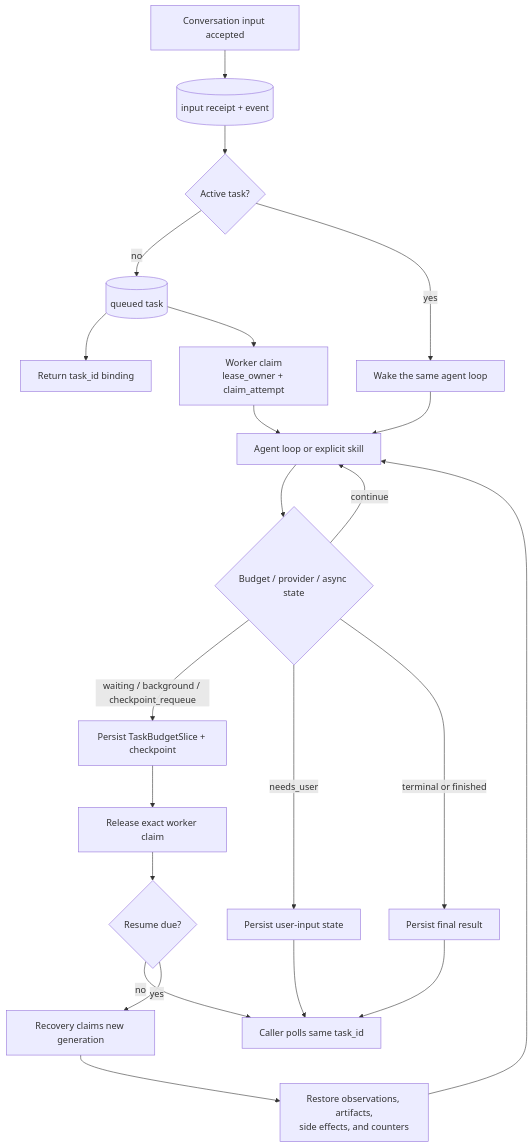
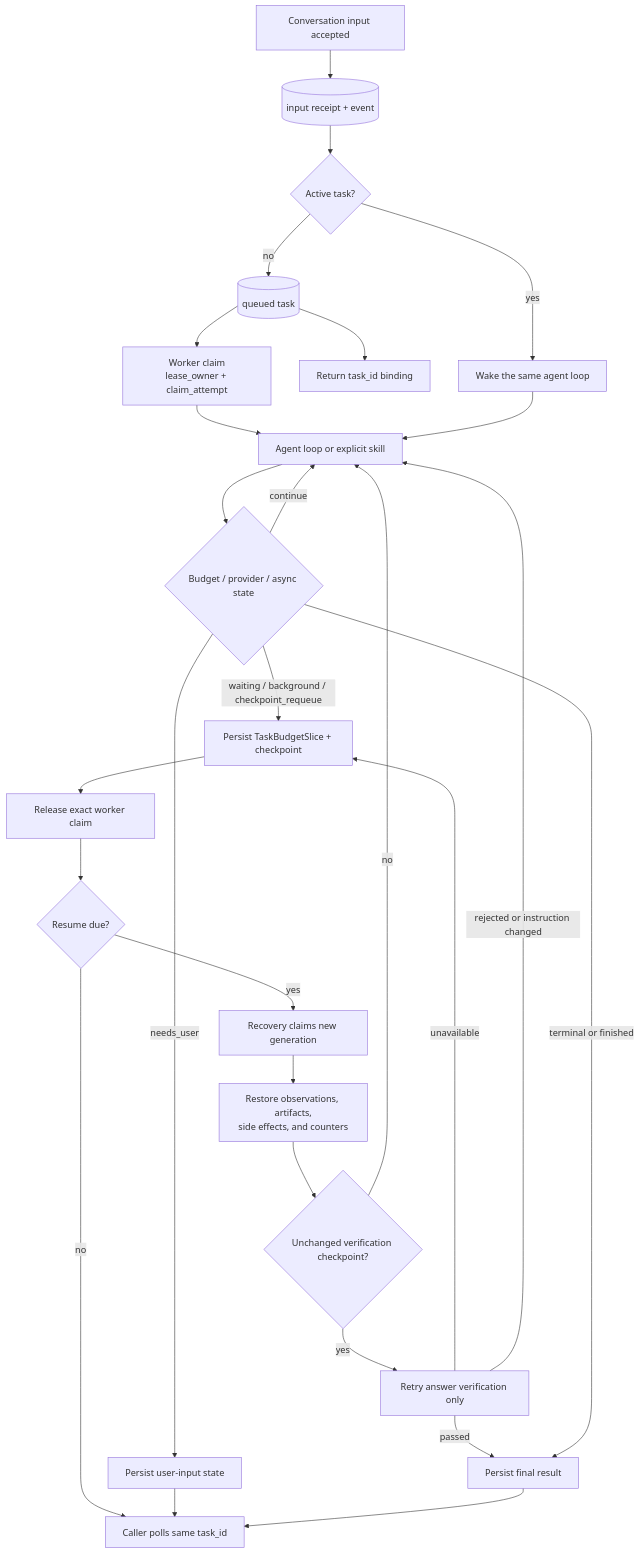
The second of 5 diagrams in docs/architecture/03-task-state-context.md (MatrixCoreX/RustClaw), drawn with Mermaid before and after one commit. The commit also changed other lines of this file and 62 other files, not shown here.

````diff
--- a/docs/architecture/03-task-state-context.md
+++ b/docs/architecture/03-task-state-context.md
@@ -50,24 +59,29 @@
 ```mermaid
 flowchart TD
     A[Conversation input accepted] --> A1[(input receipt + event)]
     A1 --> A2{Active task?}
     A2 -->|no| B[(queued task)]
     A2 -->|yes| A3[Wake the same agent loop]
     B --> C[Return task_id binding]
     B --> D[Worker claim<br/>lease_owner + claim_attempt]
     D --> E[Agent loop or explicit skill]
     A3 --> E
     E --> F{Budget / provider / async state}
     F -->|continue| E
     F -->|waiting / background / checkpoint_requeue| G[Persist TaskBudgetSlice + checkpoint]
     G --> H[Release exact worker claim]
     H --> I{Resume due?}
     I -->|no| J[Caller polls same task_id]
     I -->|yes| K[Recovery claims new generation]
     K --> L[Restore observations, artifacts,<br/>side effects, and counters]
-    L --> E
+    L --> LV{Unchanged verification checkpoint?}
+    LV -->|yes| VV[Retry answer verification only]
+    LV -->|no| E
+    VV -->|passed| M
+    VV -->|unavailable| G
+    VV -->|rejected or instruction changed| E
     F -->|needs_user| N[Persist user-input state]
     N --> J
     F -->|terminal or finished| M[Persist final result]
     M --> J
 ```
````
